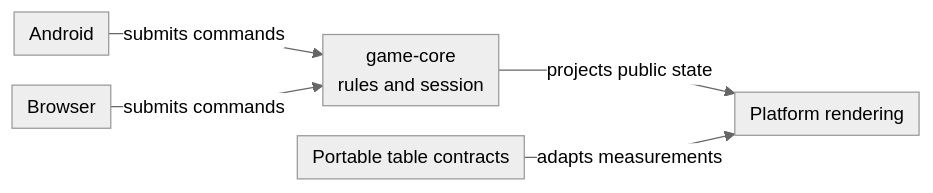
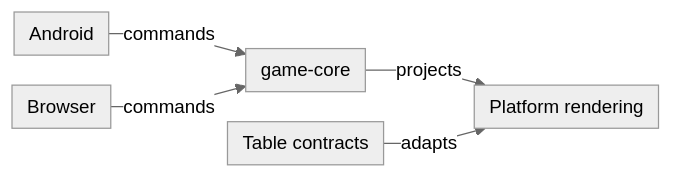
One commit to crististefanita/whist changed the first of 4 diagrams in README.md. Above: the diagram before and after it, drawn with Mermaid. The commit also changed other lines of this file, not shown here.

Commit message:
docs: keep the synced overview diagrams within the governed compact layout

````diff
--- a/README.md
+++ b/README.md
@@ -25,13 +25,13 @@
 ```mermaid
 %%{init: {"theme":"neutral","themeVariables":{"fontSize":"15px"},"themeCSS":".edgeLabel, .edgeLabel p { font-size: 12px !important; } .node rect { rx: 6px; ry: 6px; }","flowchart":{"curve":"linear","nodeSpacing":24,"rankSpacing":20,"padding":6},"sequence":{"mirrorActors":false,"messageMargin":24}}}%%
 flowchart LR
     Android["Android"]
     Web["Browser"]
-    Engine["game-core<br/>rules and session"]
-    Table["Portable table contracts"]
+    Engine["game-core"]
+    Table["Table contracts"]
     View["Platform rendering"]
-    Android -->|submits commands| Engine
-    Web -->|submits commands| Engine
-    Engine -->|projects public state| View
-    Table -->|adapts measurements| View
+    Android -->|commands| Engine
+    Web -->|commands| Engine
+    Engine -->|projects| View
+    Table -->|adapts| View
 ```
````
